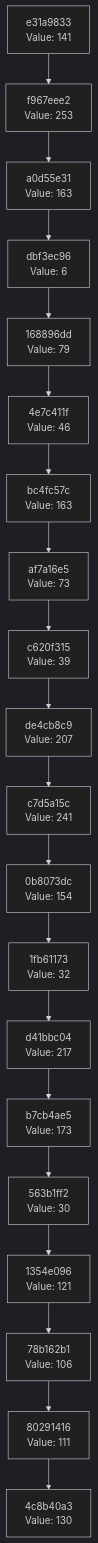
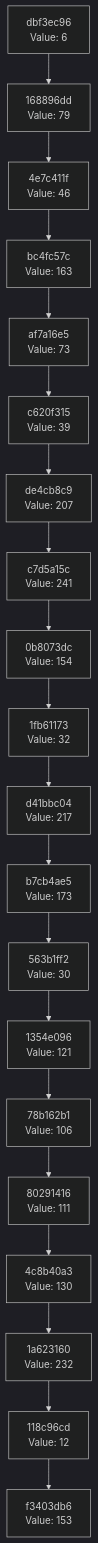
One commit to Abhisheksinha1506/hash-chain-evolver changed the diagram in docs/CHAIN_VISUALIZATION.md. Above: the diagram before and after it, drawn with Mermaid (dark theme). The commit also changed 2 other files, not shown here.

Commit message:
Evolution step: hash 0x99 → action executed

````diff
--- a/docs/CHAIN_VISUALIZATION.md
+++ b/docs/CHAIN_VISUALIZATION.md
@@ -3,42 +3,42 @@
 ```mermaid
 graph TD
-    C0["4c8b40a3<br/>Value: 130"]
-    C1["80291416<br/>Value: 111"]
+    C0["f3403db6<br/>Value: 153"]
+    C1["118c96cd<br/>Value: 12"]
     C1 --> C0
-    C2["78b162b1<br/>Value: 106"]
+    C2["1a623160<br/>Value: 232"]
     C2 --> C1
-    C3["1354e096<br/>Value: 121"]
+    C3["4c8b40a3<br/>Value: 130"]
     C3 --> C2
-    C4["563b1ff2<br/>Value: 30"]
+    C4["80291416<br/>Value: 111"]
     C4 --> C3
-    C5["b7cb4ae5<br/>Value: 173"]
+    C5["78b162b1<br/>Value: 106"]
     C5 --> C4
-    C6["d41bbc04<br/>Value: 217"]
+    C6["1354e096<br/>Value: 121"]
     C6 --> C5
-    C7["1fb61173<br/>Value: 32"]
+    C7["563b1ff2<br/>Value: 30"]
     C7 --> C6
-    C8["0b8073dc<br/>Value: 154"]
+    C8["b7cb4ae5<br/>Value: 173"]
     C8 --> C7
-    C9["c7d5a15c<br/>Value: 241"]
+    C9["d41bbc04<br/>Value: 217"]
     C9 --> C8
-    C10["de4cb8c9<br/>Value: 207"]
+    C10["1fb61173<br/>Value: 32"]
     C10 --> C9
-    C11["c620f315<br/>Value: 39"]
+    C11["0b8073dc<br/>Value: 154"]
     C11 --> C10
-    C12["af7a16e5<br/>Value: 73"]
+    C12["c7d5a15c<br/>Value: 241"]
     C12 --> C11
-    C13["bc4fc57c<br/>Value: 163"]
+    C13["de4cb8c9<br/>Value: 207"]
     C13 --> C12
-    C14["4e7c411f<br/>Value: 46"]
+    C14["c620f315<br/>Value: 39"]
     C14 --> C13
-    C15["168896dd<br/>Value: 79"]
+    C15["af7a16e5<br/>Value: 73"]
     C15 --> C14
-    C16["dbf3ec96<br/>Value: 6"]
+    C16["bc4fc57c<br/>Value: 163"]
     C16 --> C15
-    C17["a0d55e31<br/>Value: 163"]
+    C17["4e7c411f<br/>Value: 46"]
     C17 --> C16
-    C18["f967eee2<br/>Value: 253"]
+    C18["168896dd<br/>Value: 79"]
     C18 --> C17
-    C19["e31a9833<br/>Value: 141"]
+    C19["dbf3ec96<br/>Value: 6"]
     C19 --> C18
 ```
````
